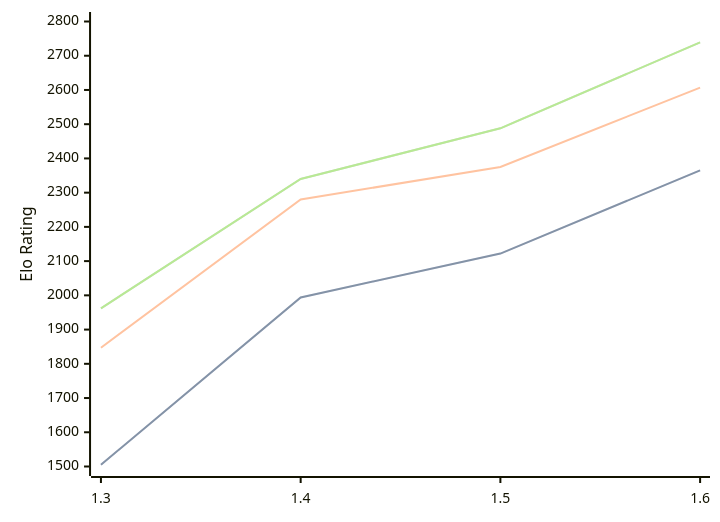
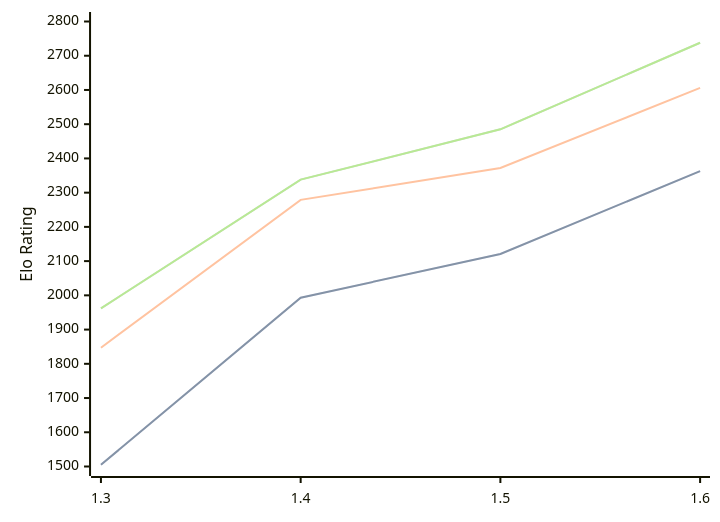
One commit to computer-chess-index/cci changed the diagram in engines/Facon.md. Above: the diagram before and after it, drawn with Mermaid. The commit also changed other lines of this file, not shown here.

Commit message:
Update CCI Ratings (ELO VLTC) - 2026-08-12

````diff
--- a/engines/Facon.md
+++ b/engines/Facon.md
@@ -35,11 +35,11 @@
 ```mermaid
 %%{init: {"theme":"base","themeVariables":{"seriesColors:['#a3a3a3','#222221','#faa371']}}}%%
 xychart-beta
   x-axis ["1.3", "1.4", "1.5", "1.6"]
   y-axis "Elo Rating" 1500 --> 2800
-  line "STC (8.0+0.08s)" [1505, 1994, 2122, 2365]
-  line "STC (8.0+0.08s)" [1505, 1994, 2122, 2365]
-  line "LTC (60.0+0.60s)" [1847, 2280, 2375, 2607]
-  line "VLTC (2m24s+1.12s)" [1962, 2340, 2488, 2739]
-  line "VLTC (2m24s+1.12s)" [1962, 2340, 2488, 2739]
+  line "STC (8.0+0.08s)" [1505, 1993, 2121, 2363]
+  line "STC (8.0+0.08s)" [1505, 1993, 2121, 2363]
+  line "LTC (60.0+0.60s)" [1847, 2279, 2372, 2606]
+  line "VLTC (2m24s+1.12s)" [1962, 2338, 2485, 2738]
+  line "VLTC (2m24s+1.12s)" [1962, 2338, 2485, 2738]
 ```
````
